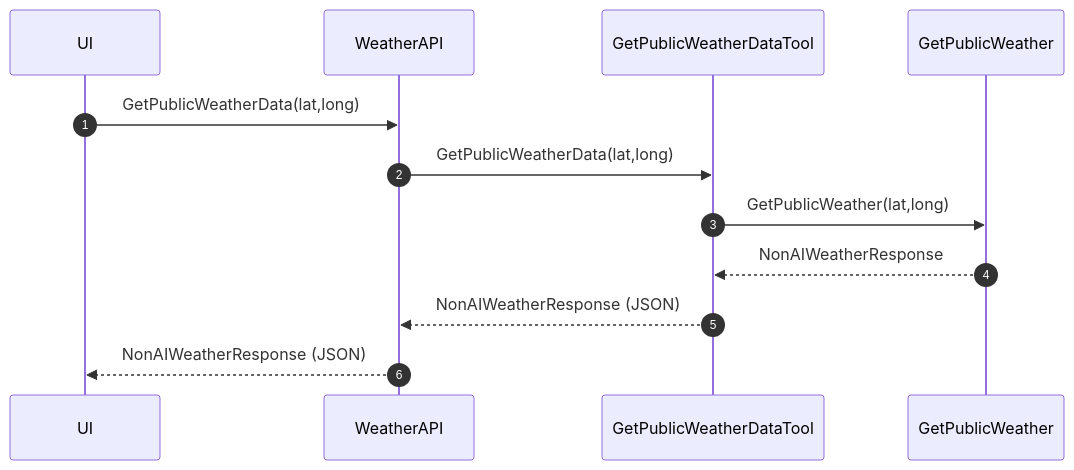
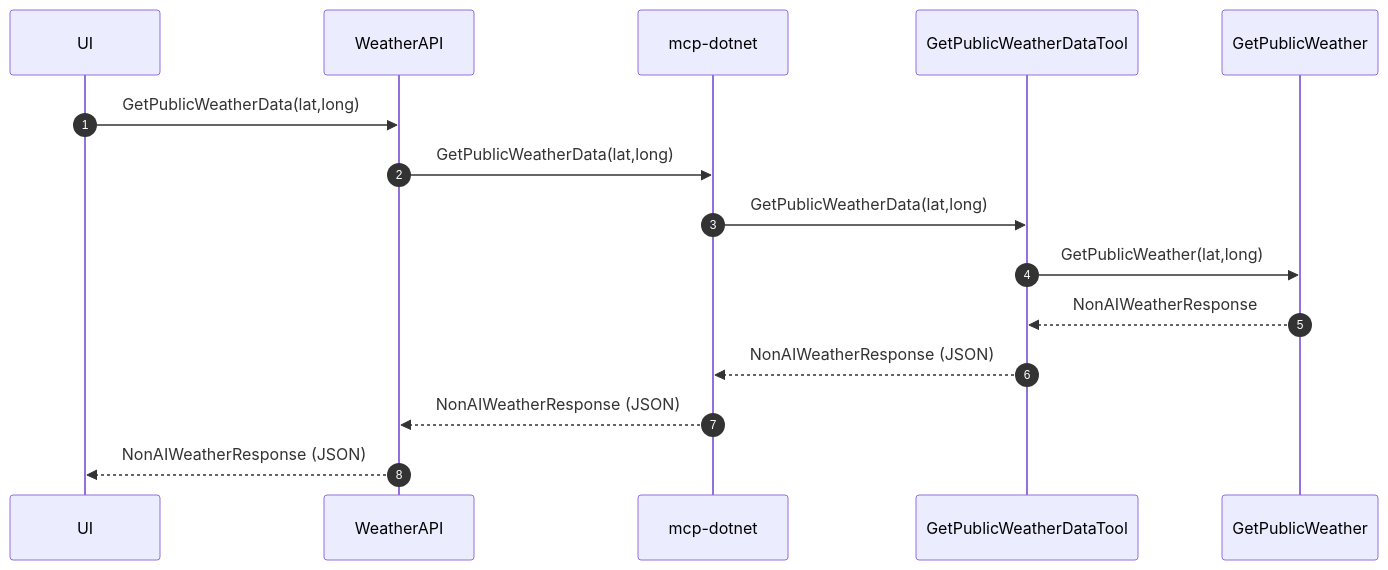
One commit to dustinkorzaan/weather-1116 changed the fourth of 4 diagrams in docs/3-foundry-mcp/agents-models-mcp.md. Above: the diagram before and after it, drawn with Mermaid. The commit also changed other lines of this file, not shown here.

Commit message:
Fix UI > API > MCP diagrams with separate MCP host participants

````diff
--- a/docs/3-foundry-mcp/agents-models-mcp.md
+++ b/docs/3-foundry-mcp/agents-models-mcp.md
@@ -106,15 +109,18 @@
   ```mermaid
   sequenceDiagram
       autonumber
       participant UI
       participant API as WeatherAPI
-      participant MCP as GetPublicWeatherDataTool
+      participant MCP as mcp-dotnet
+      participant Tool as GetPublicWeatherDataTool
       participant GetPublicWeather
 
       UI->>API: GetPublicWeatherData(lat,long)
       API->>MCP: GetPublicWeatherData(lat,long)
-      MCP->>GetPublicWeather: GetPublicWeather(lat,long)
-      GetPublicWeather-->>MCP: NonAIWeatherResponse
+      MCP->>Tool: GetPublicWeatherData(lat,long)
+      Tool->>GetPublicWeather: GetPublicWeather(lat,long)
+      GetPublicWeather-->>Tool: NonAIWeatherResponse
+      Tool-->>MCP: NonAIWeatherResponse (JSON)
       MCP-->>API: NonAIWeatherResponse (JSON)
       API-->>UI: NonAIWeatherResponse (JSON)
   ```
````
